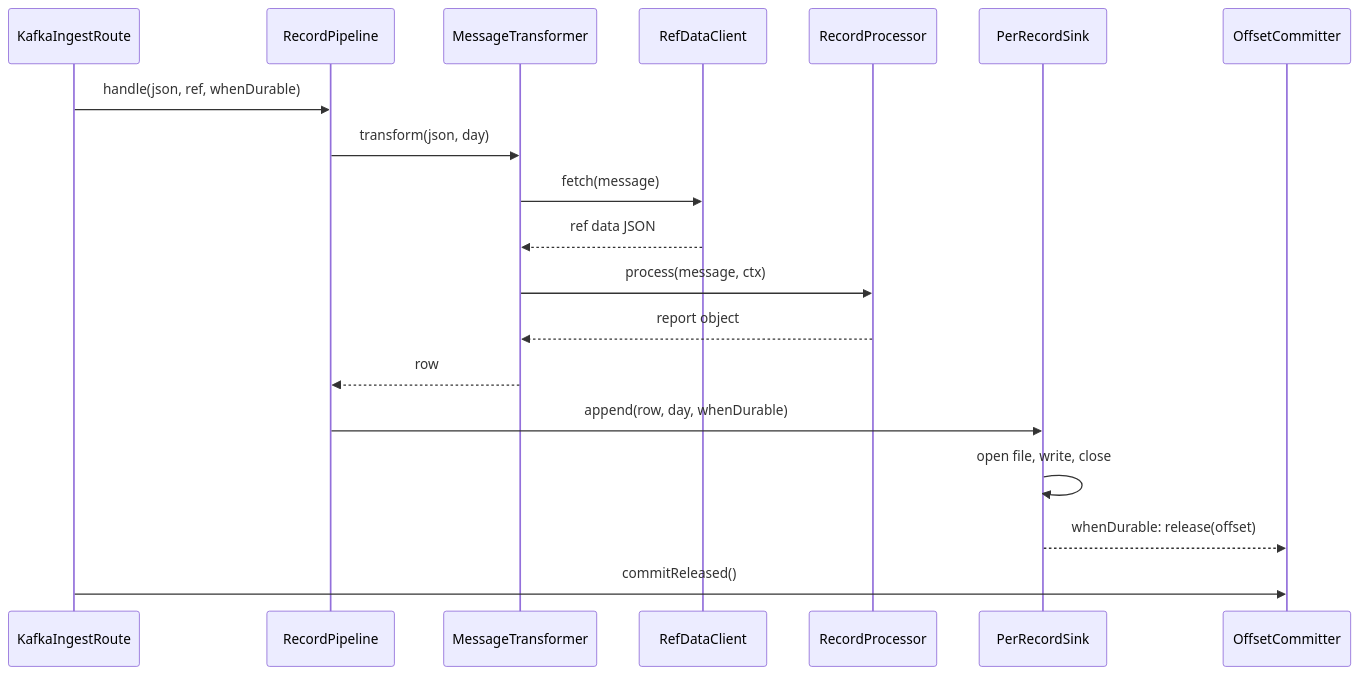
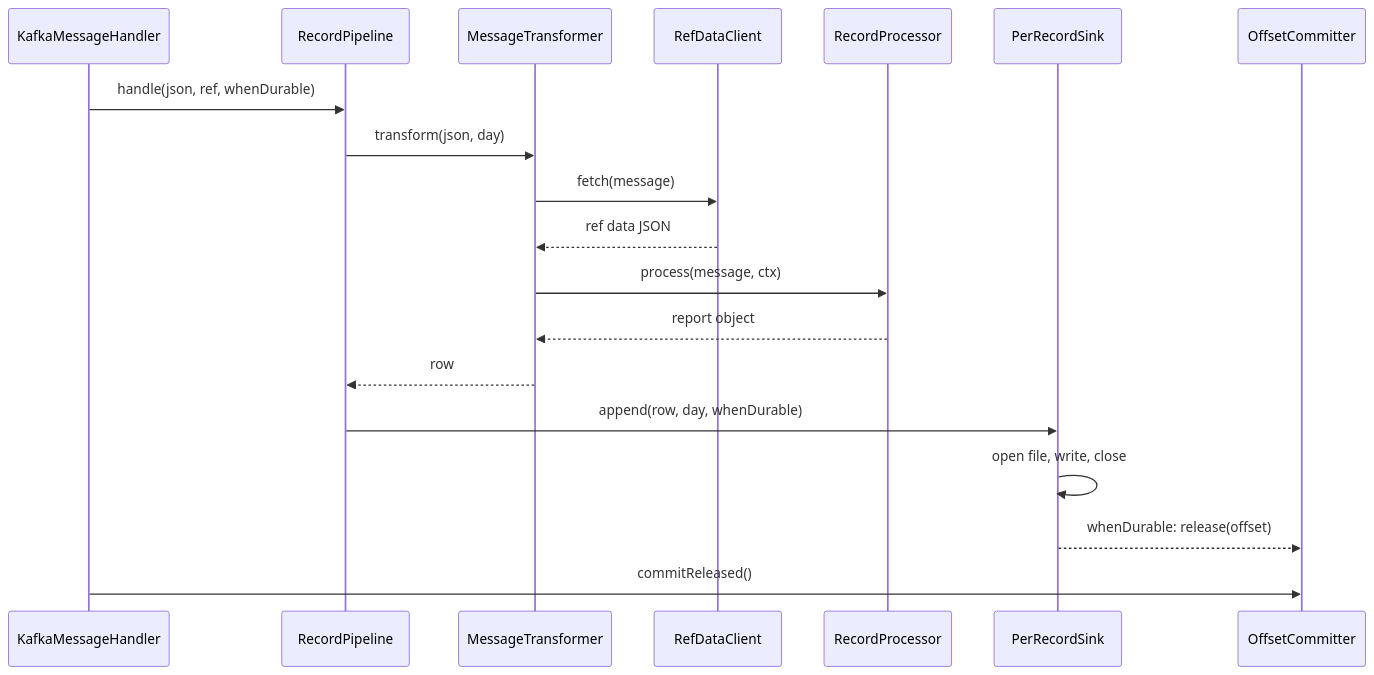
The sixth of 9 diagrams in docs/c4-architecture.md (shanregs/msg-transformer), drawn with Mermaid before and after one commit. The commit also changed other lines of this file and 8 other files, not shown here.

First line of the commit message:
Docs: message publisher, YAML Kafka route, mapper/ path

````diff
--- a/docs/c4-architecture.md
+++ b/docs/c4-architecture.md
@@ -231,22 +231,22 @@
 ```mermaid
 sequenceDiagram
-    participant In as KafkaIngestRoute
+    participant In as KafkaMessageHandler
     participant P as RecordPipeline
     participant T as MessageTransformer
     participant R as RefDataClient
     participant M as RecordProcessor
     participant S as PerRecordSink
     participant C as OffsetCommitter
 
     In->>P: handle(json, ref, whenDurable)
     P->>T: transform(json, day)
     T->>R: fetch(message)
     R-->>T: ref data JSON
     T->>M: process(message, ctx)
     M-->>T: report object
     T-->>P: row
     P->>S: append(row, day, whenDurable)
     S->>S: open file, write, close
     S-->>C: whenDurable: release(offset)
     In->>C: commitReleased()
 ```
````
